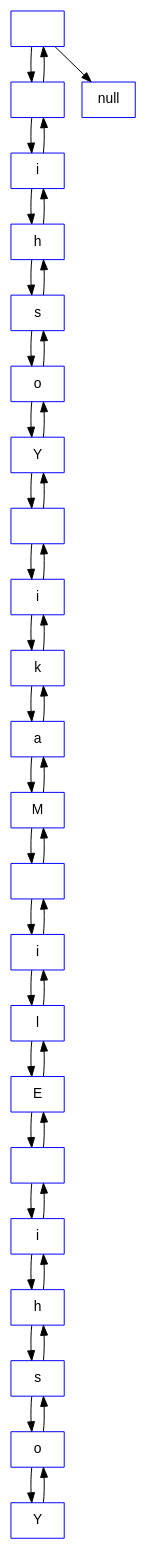
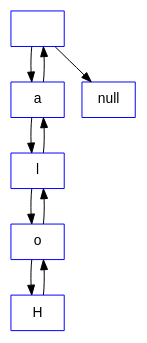
One commit to SergioEGGit/Project_SEG_Text_Editor changed the diagram in Win32/Debug/Reporte1.dot. Above: the diagram before and after it, drawn with Graphviz. The commit also changed 92 other files, not shown here.

```diff
--- a/Win32/Debug/Reporte1.dot
+++ b/Win32/Debug/Reporte1.dot
@@ -1,29 +1,12 @@
 digraph G
 {
 node [shape = box, fontname = Arial, color = blue];
 A0 [label = " "]
-A1 [label = " "]
-A2 [label = "i"]
-A3 [label = "h"]
-A4 [label = "s"]
-A5 [label = "o"]
-A6 [label = "Y"]
-A7 [label = " "]
-A8 [label = "i"]
-A9 [label = "k"]
-A10 [label = "a"]
-A11 [label = "M"]
-A12 [label = " "]
-A13 [label = "i"]
-A14 [label = "l"]
-A15 [label = "E"]
-A16 [label = " "]
-A17 [label = "i"]
-A18 [label = "h"]
-A19 [label = "s"]
-A20 [label = "o"]
-A21 [label = "Y"]
-A0->A1->A2->A3->A4->A5->A6->A7->A8->A9->A10->A11->A12->A13->A14->A15->A16->A17->A18->A19->A20->A21
+A1 [label = "a"]
+A2 [label = "l"]
+A3 [label = "o"]
+A4 [label = "H"]
+A0->A1->A2->A3->A4
  
-A21->A20->A19->A18->A17->A16->A15->A14->A13->A12->A11->A10->A9->A8->A7->A6->A5->A4->A3->A2->A1->A0->null
+A4->A3->A2->A1->A0->null
 }
```
